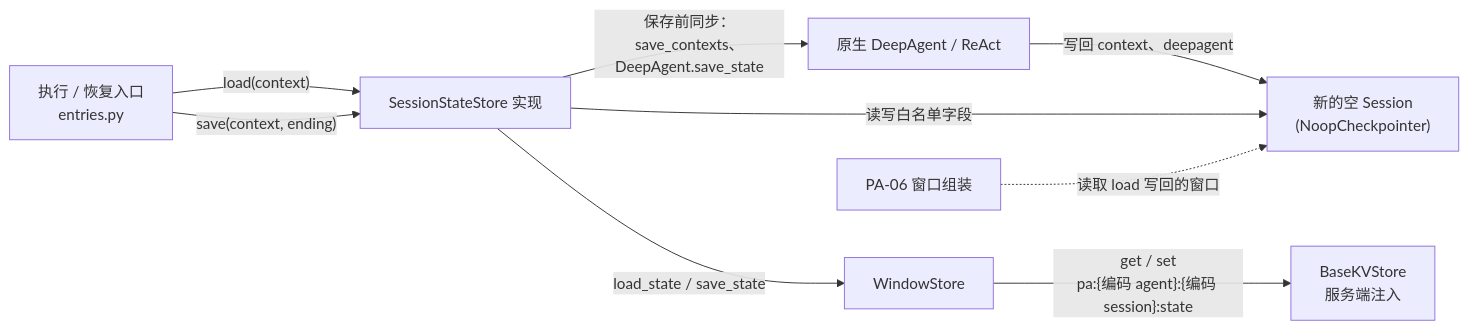
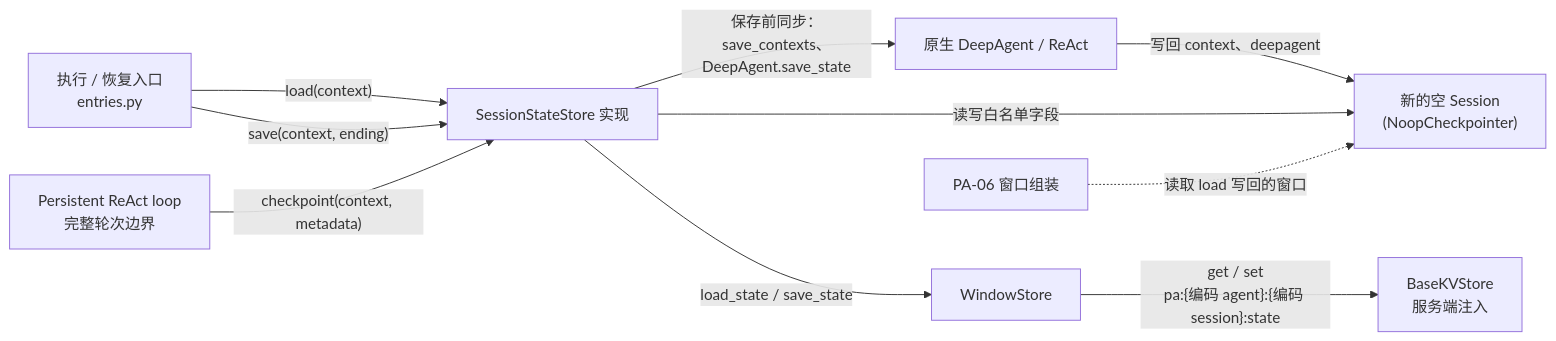
One commit to openJiuwen-ai/agent-core changed the first of 2 diagrams in openjiuwen/harness/persistent_agent/docs/features/F_17_session-state-record.md. Above: the diagram before and after it, drawn with Mermaid. The commit also changed other lines of this file and 25 other files, not shown here.

````diff
--- a/openjiuwen/harness/persistent_agent/docs/features/F_17_session-state-record.md
+++ b/openjiuwen/harness/persistent_agent/docs/features/F_17_session-state-record.md
@@ -88,11 +92,12 @@
 ```mermaid
 flowchart LR
     E["执行 / 恢复入口<br/>entries.py"] -- "load(context)" --> S["SessionStateStore 实现"]
     E -- "save(context, ending)" --> S
+    R["Persistent ReAct loop<br/>完整轮次边界"] -- "checkpoint(context, metadata)" --> S
     S -- "保存前同步：save_contexts、<br/>DeepAgent.save_state" --> N["原生 DeepAgent / ReAct"]
     N -- "写回 context、deepagent" --> SS["新的空 Session<br/>(NoopCheckpointer)"]
     S -- "读写白名单字段" --> SS
     S -- "load_state / save_state" --> W["WindowStore"]
     W -- "get / set<br/>pa:{编码 agent}:{编码 session}:state" --> B["BaseKVStore<br/>服务端注入"]
     A["PA-06 窗口组装"] -. "读取 load 写回的窗口" .-> SS
 ```
````
